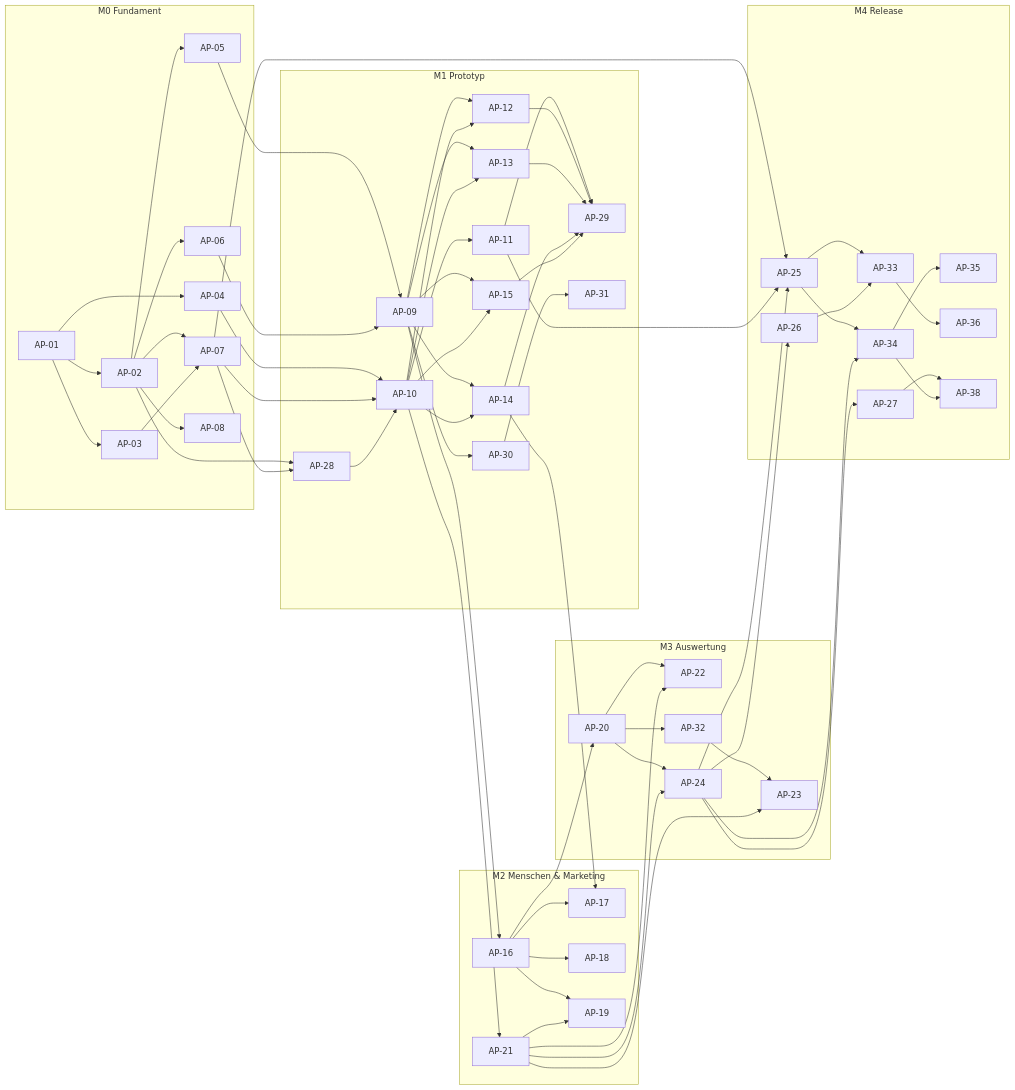
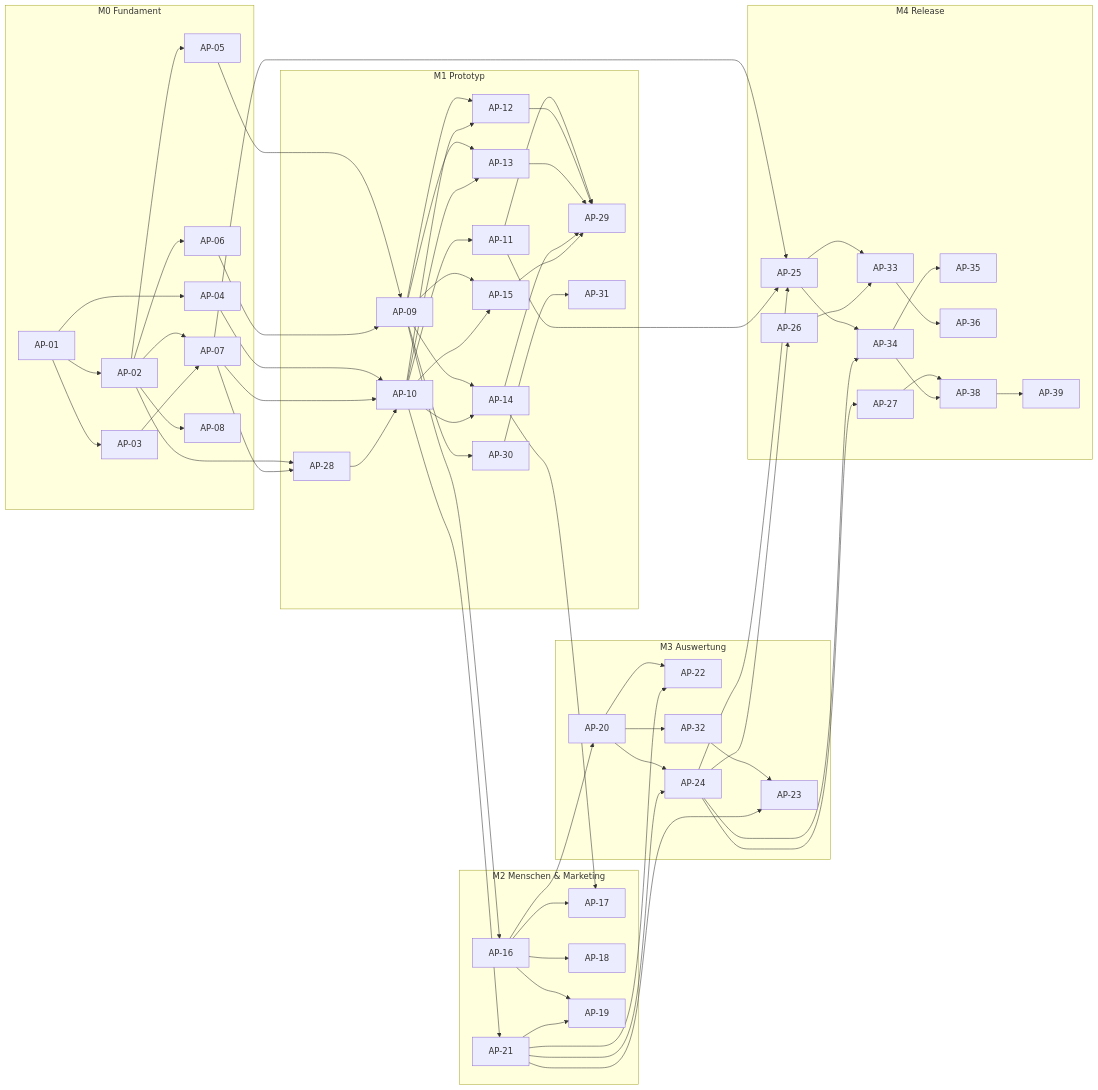
The third of 3 diagrams in docs/masterBuildPlan.md (CemDCoding/appManager), drawn with Mermaid before and after one commit. The commit also changed other lines of this file, not shown here.

````diff
--- a/docs/masterBuildPlan.md
+++ b/docs/masterBuildPlan.md
@@ -594,50 +595,52 @@
 ```mermaid
 flowchart LR
   subgraph M0["M0 Fundament"]
     AP01["AP-01"] --> AP02["AP-02"] & AP03["AP-03"] & AP04["AP-04"]
     AP02 --> AP05["AP-05"] & AP06["AP-06"] & AP07["AP-07"] & AP08["AP-08"]
     AP03 --> AP07
   end
   subgraph M1["M1 Prototyp"]
     AP09["AP-09"]
     AP28["AP-28"]
     AP10["AP-10"]
     AP09 & AP10 --> AP12["AP-12"] & AP13["AP-13"] & AP14["AP-14"] & AP15["AP-15"]
     AP10 --> AP11["AP-11"]
     AP11 & AP12 & AP13 & AP14 & AP15 --> AP29["AP-29"]
     AP09 --> AP30["AP-30"] --> AP31["AP-31"]
   end
   subgraph M2["M2 Menschen & Marketing"]
     AP16["AP-16"] --> AP17["AP-17"] & AP18["AP-18"] & AP19["AP-19"]
     AP21["AP-21"] --> AP19
   end
   subgraph M3["M3 Auswertung"]
     AP20["AP-20"] --> AP22["AP-22"] & AP24["AP-24"] & AP32["AP-32"]
     AP32 --> AP23["AP-23"]
   end
   AP21 --> AP22 & AP23 & AP24
   AP14 --> AP17
   subgraph M4["M4 Release"]
     AP25["AP-25"]
     AP26["AP-26"]
     AP27["AP-27"]
     AP33["AP-33"]
     AP34["AP-34"]
     AP35["AP-35"]
     AP36["AP-36"]
     AP38["AP-38"]
+    AP39["AP-39"]
   end
   AP05 & AP06 --> AP09
   AP02 & AP07 --> AP28
   AP04 & AP07 & AP28 --> AP10
   AP09 --> AP16 --> AP20
   AP10 --> AP21
   AP07 & AP11 --> AP25
   AP24 --> AP25 & AP26 & AP27
   AP25 --> AP33 & AP34
   AP26 --> AP33
   AP24 --> AP34
   AP34 --> AP35
   AP33 --> AP36
   AP27 & AP34 --> AP38
+  AP38 --> AP39
 ```
````
